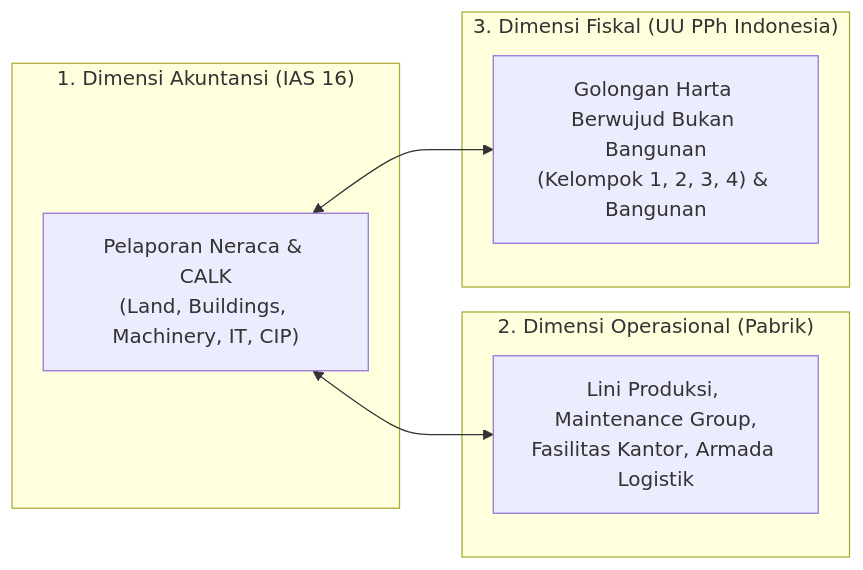
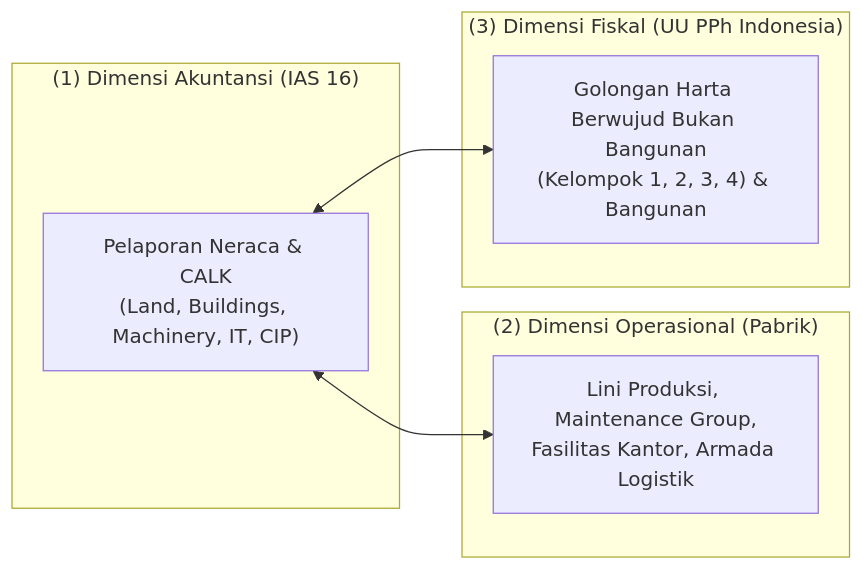
The second of 2 diagrams in content/08-assets/asset-classification.md (alimurrofid/erp-notes), drawn with Mermaid before and after one commit. The commit also changed other lines of this file and 132 other files, not shown here.

````diff
--- a/content/08-assets/asset-classification.md
+++ b/content/08-assets/asset-classification.md
@@ -66,14 +66,14 @@
 ```mermaid
 flowchart LR
-    subgraph AccountingDim["1. Dimensi Akuntansi (IAS 16)"]
+    subgraph AccountingDim["(1) Dimensi Akuntansi (IAS 16)"]
         A_PPE["Pelaporan Neraca & CALK<br/>(Land, Buildings, Machinery, IT, CIP)"]
     end
-    subgraph OperationalDim["2. Dimensi Operasional (Pabrik)"]
+    subgraph OperationalDim["(2) Dimensi Operasional (Pabrik)"]
         O_Dept["Lini Produksi, Maintenance Group,<br/>Fasilitas Kantor, Armada Logistik"]
     end
-    subgraph FiscalDim["3. Dimensi Fiskal (UU PPh Indonesia)"]
+    subgraph FiscalDim["(3) Dimensi Fiskal (UU PPh Indonesia)"]
         F_Tax["Golongan Harta Berwujud Bukan Bangunan<br/>(Kelompok 1, 2, 3, 4) & Bangunan"]
     end
     A_PPE <--> O_Dept
     A_PPE <--> F_Tax
 ```
````
